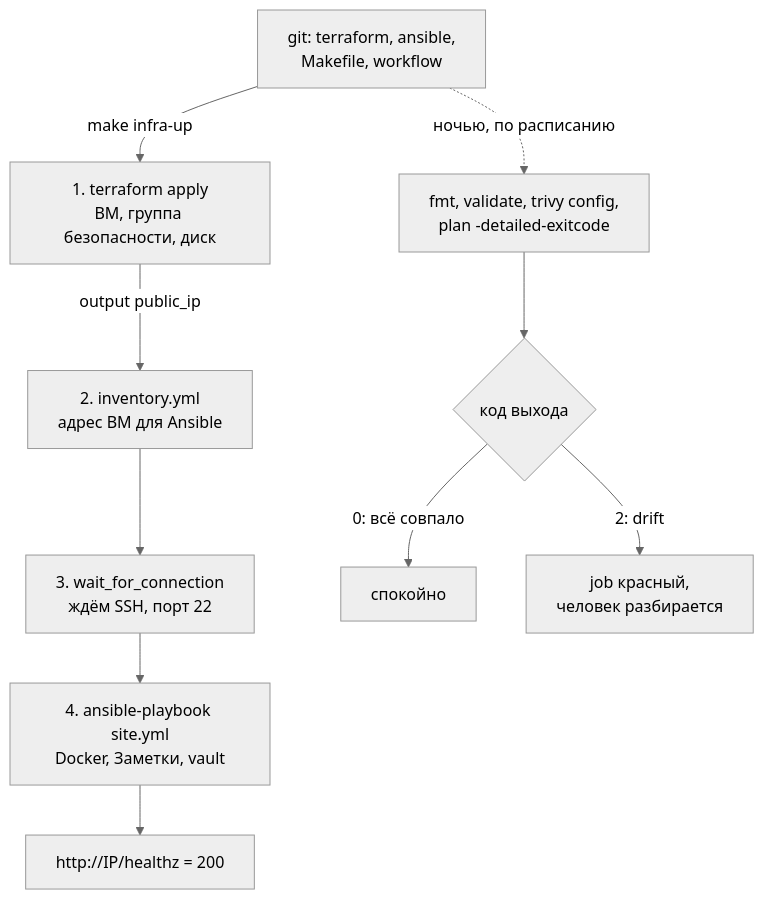
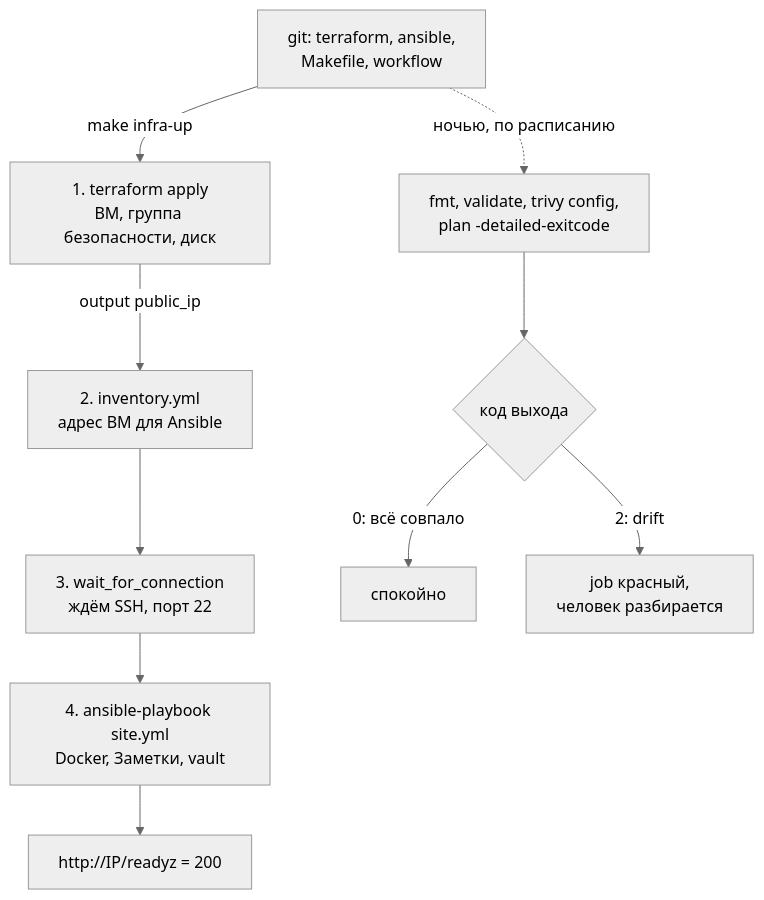
One commit to distinguished-sre/learning changed the first of 5 diagrams in devops/07-iac/07-terraform-ansible-drift.md. Above: the diagram before and after it, drawn with Mermaid (neutral theme). The commit also changed other lines of this file and 462 other files, not shown here.

````diff
--- a/devops/07-iac/07-terraform-ansible-drift.md
+++ b/devops/07-iac/07-terraform-ansible-drift.md
@@ -43,12 +41,12 @@
 ```mermaid
 flowchart TD
     G["git: terraform, ansible,<br>Makefile, workflow"] -->|"make infra-up"| A["1. terraform apply<br>ВМ, группа безопасности, диск"]
     A -->|"output public_ip"| I["2. inventory.yml<br>адрес ВМ для Ansible"]
     I --> W["3. wait_for_connection<br>ждём SSH, порт 22"]
     W --> P["4. ansible-playbook site.yml<br>Docker, Заметки, vault"]
-    P --> H["http://IP/healthz = 200"]
+    P --> H["http://IP/readyz = 200"]
     G -.->|"ночью, по расписанию"| N["fmt, validate, trivy config,<br>plan -detailed-exitcode"]
     N --> Q{"код выхода"}
     Q -->|"0: всё совпало"| OK["спокойно"]
     Q -->|"2: drift"| R["job красный,<br>человек разбирается"]
 ```
````
